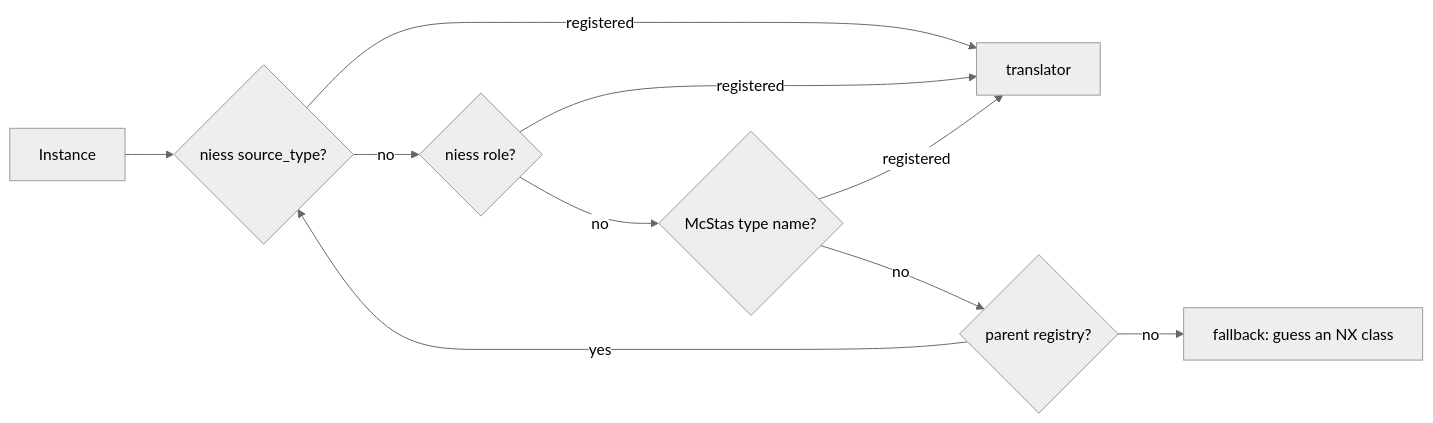
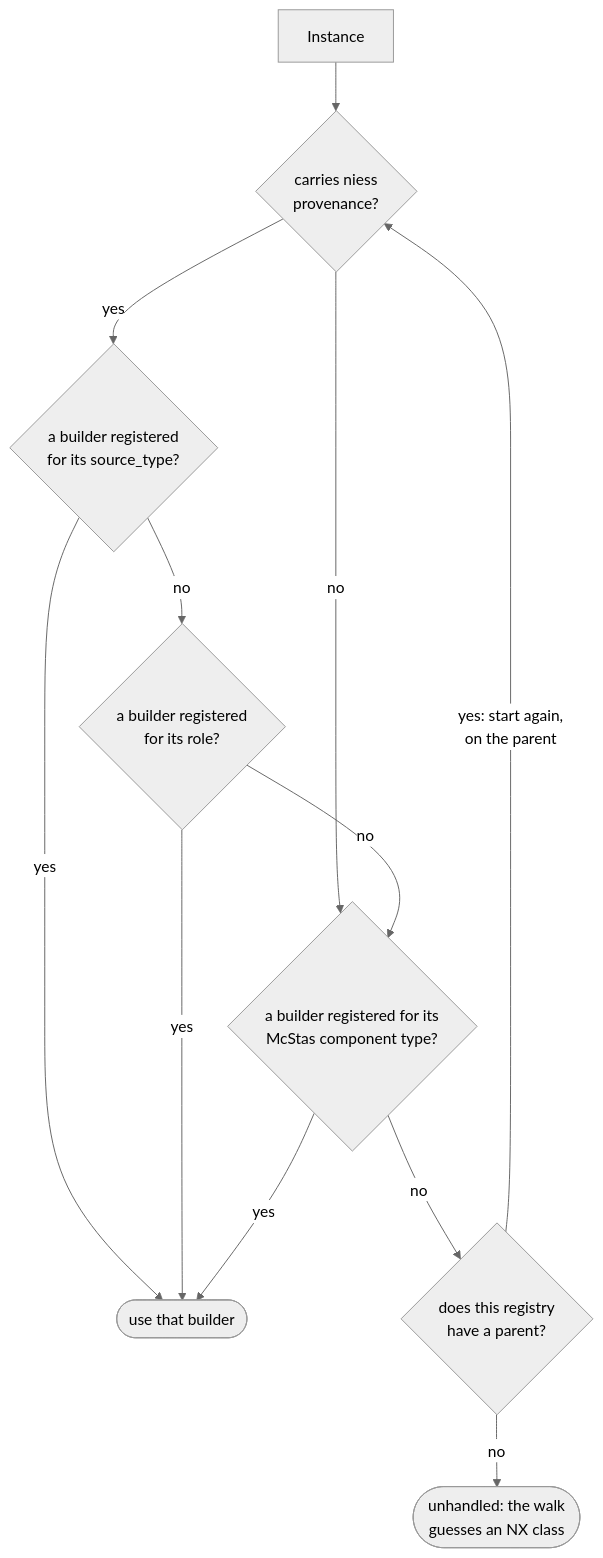
Before and after one commit to g5t/niess: the diagram in docs/how-to/custom-nexus-registry.md, drawn with Mermaid (neutral theme). The commit also changed other lines of this file, not shown here.

Commit message:
Redraw the translator-resolution diagram
The left-to-right flowchart looped the "parent registry?" branch back to the
first tier, so that decision's "yes" edge arrived at the source_type node and
read as a third branch out of it, alongside "registered" and "no".

Redrawn top-down with the loop-back edge labelled, and every tier now asks the
question the code actually asks -- whether a builder is *registered* in this
registry under that key, not whether the instance has such a key. Adds the
provenance check the diagram omitted: an instance from a .instr niess did not
build has none, so it skips both niess tiers and is matched on its McStas
component type alone.

Also states what the parent step implies: a parent is consulted only after all
three of a registry's own tiers miss, and then repeats all three itself, so a
child's McStas-type builder beats a parent's source_type builder.

````diff
--- a/docs/how-to/custom-nexus-registry.md
+++ b/docs/how-to/custom-nexus-registry.md
@@ -16,12 +16,14 @@
 ```mermaid
-flowchart LR
-    A[Instance] --> B{niess source_type?}
-    B -- registered --> T[translator]
-    B -- no --> C{niess role?}
-    C -- registered --> T
-    C -- no --> D{McStas type name?}
-    D -- registered --> T
-    D -- no --> E{parent registry?}
-    E -- yes --> B
-    E -- no --> F[fallback: guess an NX class]
+flowchart TD
+    A[Instance] --> P{"carries niess<br/>provenance?"}
+    P -- no --> D
+    P -- yes --> B{"a builder registered<br/>for its source_type?"}
+    B -- yes --> T([use that builder])
+    B -- no --> C{"a builder registered<br/>for its role?"}
+    C -- yes --> T
+    C -- no --> D{"a builder registered for its<br/>McStas component type?"}
+    D -- yes --> T
+    D -- no --> E{"does this registry<br/>have a parent?"}
+    E -- "yes: start again,<br/>on the parent" --> P
+    E -- no --> F([unhandled: the walk<br/>guesses an NX class])
 ```
````
